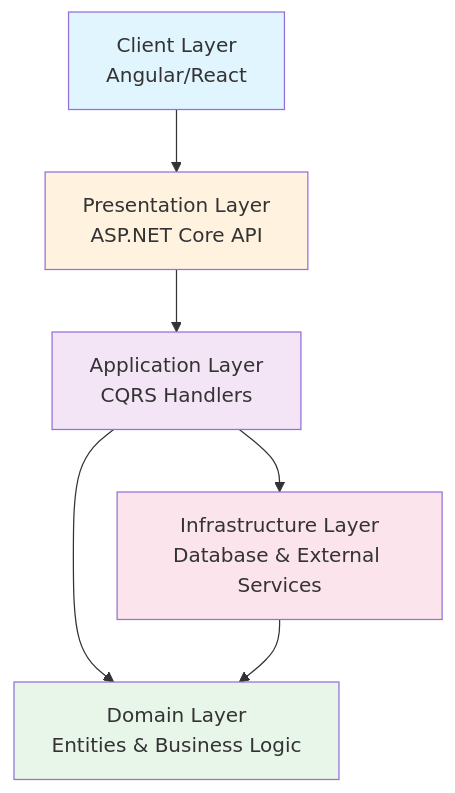
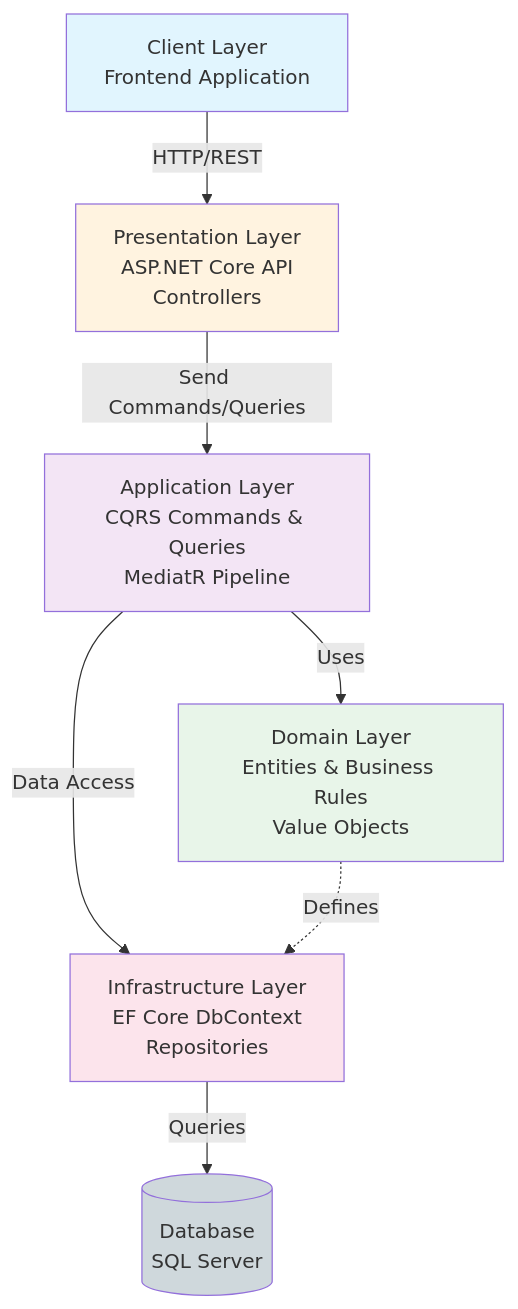
One commit to dbrijesh/uptime changed the first of 5 diagrams in testmapper.md. Above: the diagram before and after it, drawn with Mermaid. The commit also changed other lines of this file, not shown here.

````diff
--- a/testmapper.md
+++ b/testmapper.md
@@ -48,20 +56,23 @@
 ```mermaid
 graph TB
-    Client[Client Layer<br/>Angular/React]
-    API[Presentation Layer<br/>ASP.NET Core API]
-    App[Application Layer<br/>CQRS Handlers]
-    Domain[Domain Layer<br/>Entities & Business Logic]
-    Infra[Infrastructure Layer<br/>Database & External Services]
+    Client[Client Layer<br/>Frontend Application]
+    API[Presentation Layer<br/>ASP.NET Core API<br/>Controllers]
+    App[Application Layer<br/>CQRS Commands & Queries<br/>MediatR Pipeline]
+    Domain[Domain Layer<br/>Entities & Business Rules<br/>Value Objects]
+    Infra[Infrastructure Layer<br/>EF Core DbContext<br/>Repositories]
+    DB[(Database<br/>SQL Server)]
 
-    Client --> API
-    API --> App
-    App --> Domain
-    App --> Infra
-    Infra --> Domain
+    Client -->|HTTP/REST| API
+    API -->|Send Commands/Queries| App
+    App -->|Uses| Domain
+    App -->|Data Access| Infra
+    Infra -->|Queries| DB
+    Domain -.->|Defines| Infra
 
-    style Client fill:#e1f5ff
+    style Client fill:#e1f5fe
     style API fill:#fff3e0
     style App fill:#f3e5f5
     style Domain fill:#e8f5e9
     style Infra fill:#fce4ec
+    style DB fill:#cfd8dc
 ```
````
